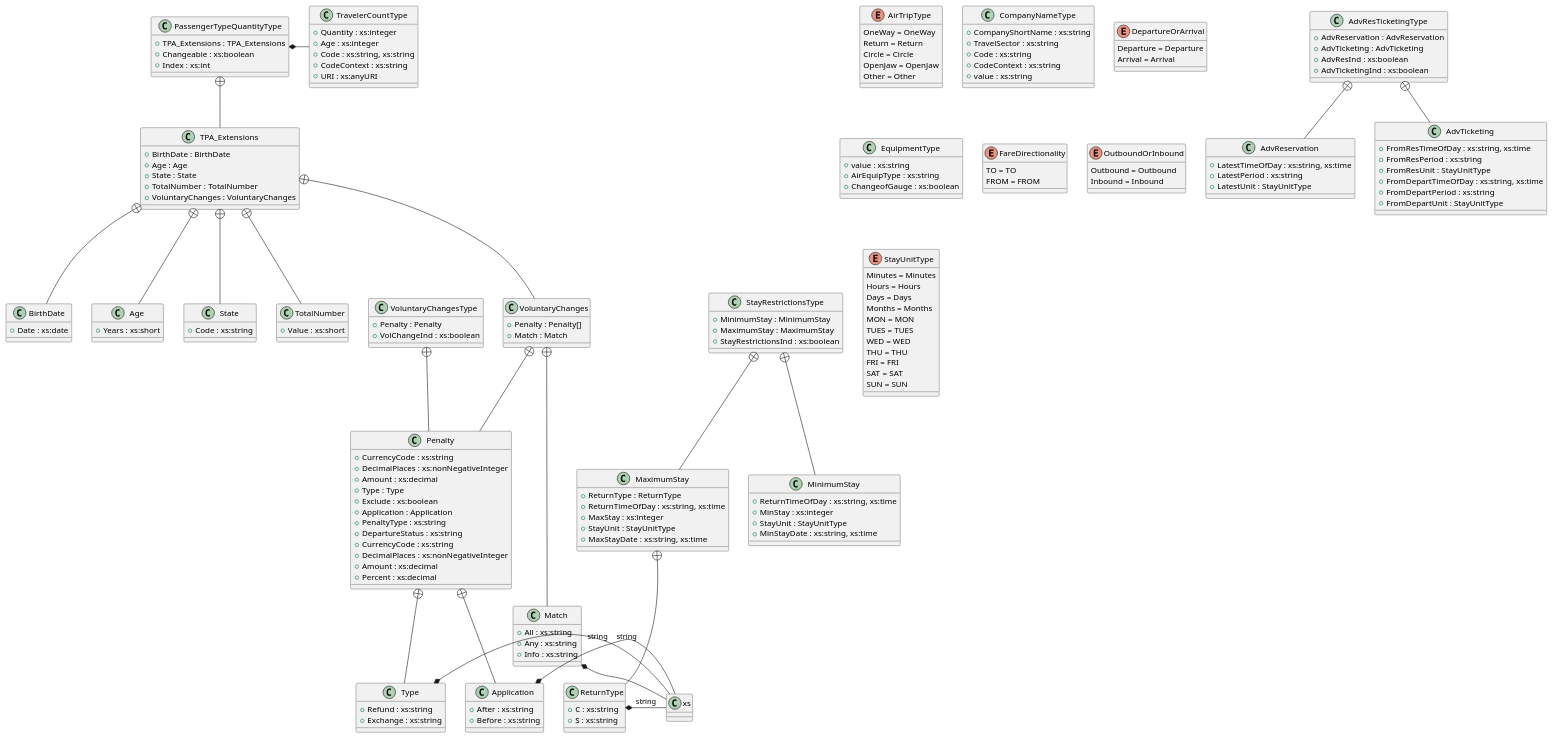
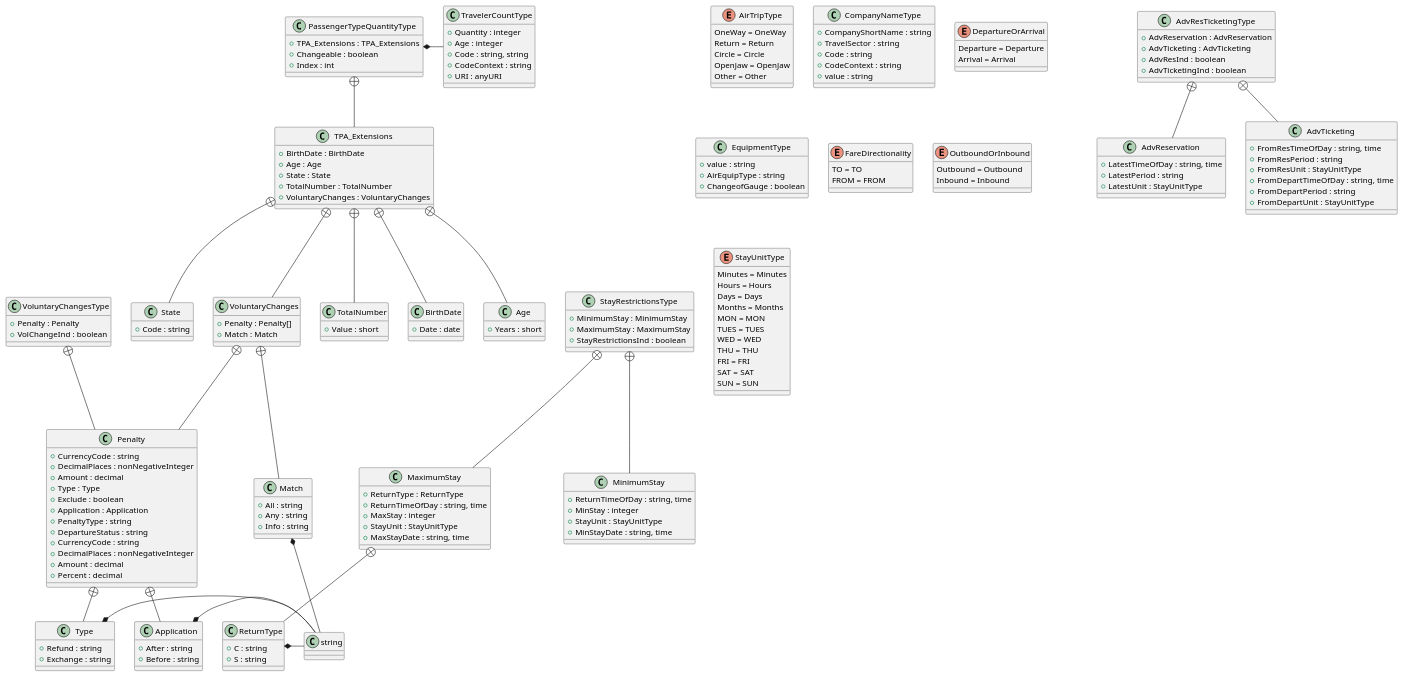
Before and after one commit to tefra/xsdata-samples: the diagram in samples/sabre/diagram/BargainFinderMax_CommonTypes_v1-9-7.pu, drawn with PlantUML. The commit also changed 10 other files, not shown here.

```diff
--- a/samples/sabre/diagram/BargainFinderMax_CommonTypes_v1-9-7.pu
+++ b/samples/sabre/diagram/BargainFinderMax_CommonTypes_v1-9-7.pu
@@ -1,178 +1,178 @@
 @startuml
 
 class AdvResTicketingType {
     +AdvReservation : AdvReservation
     +AdvTicketing : AdvTicketing
-    +AdvResInd : xs:boolean
-    +AdvTicketingInd : xs:boolean
+    +AdvResInd : boolean
+    +AdvTicketingInd : boolean
 }
 AdvResTicketingType +-- AdvReservation
 class AdvReservation {
-    +LatestTimeOfDay : xs:string, xs:time
-    +LatestPeriod : xs:string
+    +LatestTimeOfDay : string, time
+    +LatestPeriod : string
     +LatestUnit : StayUnitType
 }
 AdvResTicketingType +-- AdvTicketing
 class AdvTicketing {
-    +FromResTimeOfDay : xs:string, xs:time
-    +FromResPeriod : xs:string
+    +FromResTimeOfDay : string, time
+    +FromResPeriod : string
     +FromResUnit : StayUnitType
-    +FromDepartTimeOfDay : xs:string, xs:time
-    +FromDepartPeriod : xs:string
+    +FromDepartTimeOfDay : string, time
+    +FromDepartPeriod : string
     +FromDepartUnit : StayUnitType
 }
 enum AirTripType {
     OneWay = OneWay
     Return = Return
     Circle = Circle
     OpenJaw = OpenJaw
     Other = Other
 }
 class CompanyNameType {
-    +CompanyShortName : xs:string
-    +TravelSector : xs:string
-    +Code : xs:string
-    +CodeContext : xs:string
-    +value : xs:string
+    +CompanyShortName : string
+    +TravelSector : string
+    +Code : string
+    +CodeContext : string
+    +value : string
 }
 enum DepartureOrArrival {
     Departure = Departure
     Arrival = Arrival
 }
 class EquipmentType {
-    +value : xs:string
-    +AirEquipType : xs:string
-    +ChangeofGauge : xs:boolean
+    +value : string
+    +AirEquipType : string
+    +ChangeofGauge : boolean
 }
 enum FareDirectionality {
     TO = TO
     FROM = FROM
 }
 enum OutboundOrInbound {
     Outbound = Outbound
     Inbound = Inbound
 }
 class PassengerTypeQuantityType {
     +TPA_Extensions : TPA_Extensions
-    +Changeable : xs:boolean
-    +Index : xs:int
+    +Changeable : boolean
+    +Index : int
 }
 PassengerTypeQuantityType *- TravelerCountType
 PassengerTypeQuantityType +-- TPA_Extensions
 class TPA_Extensions {
     +BirthDate : BirthDate
     +Age : Age
     +State : State
     +TotalNumber : TotalNumber
     +VoluntaryChanges : VoluntaryChanges
 }
 TPA_Extensions +-- BirthDate
 class BirthDate {
-    +Date : xs:date
+    +Date : date
 }
 TPA_Extensions +-- Age
 class Age {
-    +Years : xs:short
+    +Years : short
 }
 TPA_Extensions +-- State
 class State {
-    +Code : xs:string
+    +Code : string
 }
 TPA_Extensions +-- TotalNumber
 class TotalNumber {
-    +Value : xs:short
+    +Value : short
 }
 TPA_Extensions +-- VoluntaryChanges
 class VoluntaryChanges {
     +Penalty : Penalty[]
     +Match : Match
 }
 VoluntaryChanges +-- Penalty
 class Penalty {
-    +CurrencyCode : xs:string
-    +DecimalPlaces : xs:nonNegativeInteger
-    +Amount : xs:decimal
+    +CurrencyCode : string
+    +DecimalPlaces : nonNegativeInteger
+    +Amount : decimal
     +Type : Type
-    +Exclude : xs:boolean
+    +Exclude : boolean
     +Application : Application
 }
 Penalty +-- Type
 class Type {
-    +Refund : xs:string
-    +Exchange : xs:string
+    +Refund : string
+    +Exchange : string
 }
-Type *- xs:string
+Type *- string
 Penalty +-- Application
 class Application {
-    +After : xs:string
-    +Before : xs:string
+    +After : string
+    +Before : string
 }
-Application *- xs:string
+Application *- string
 VoluntaryChanges +-- Match
 class Match {
-    +All : xs:string
-    +Any : xs:string
-    +Info : xs:string
+    +All : string
+    +Any : string
+    +Info : string
 }
-Match *- xs:string
+Match *- string
 class StayRestrictionsType {
     +MinimumStay : MinimumStay
     +MaximumStay : MaximumStay
-    +StayRestrictionsInd : xs:boolean
+    +StayRestrictionsInd : boolean
 }
 StayRestrictionsType +-- MinimumStay
 class MinimumStay {
-    +ReturnTimeOfDay : xs:string, xs:time
-    +MinStay : xs:integer
+    +ReturnTimeOfDay : string, time
+    +MinStay : integer
     +StayUnit : StayUnitType
-    +MinStayDate : xs:string, xs:time
+    +MinStayDate : string, time
 }
 StayRestrictionsType +-- MaximumStay
 class MaximumStay {
     +ReturnType : ReturnType
-    +ReturnTimeOfDay : xs:string, xs:time
-    +MaxStay : xs:integer
+    +ReturnTimeOfDay : string, time
+    +MaxStay : integer
     +StayUnit : StayUnitType
-    +MaxStayDate : xs:string, xs:time
+    +MaxStayDate : string, time
 }
 MaximumStay +-- ReturnType
 class ReturnType {
-    +C : xs:string
-    +S : xs:string
+    +C : string
+    +S : string
 }
-ReturnType *- xs:string
+ReturnType *- string
 enum StayUnitType {
     Minutes = Minutes
     Hours = Hours
     Days = Days
     Months = Months
     MON = MON
     TUES = TUES
     WED = WED
     THU = THU
     FRI = FRI
     SAT = SAT
     SUN = SUN
 }
 class TravelerCountType {
-    +Quantity : xs:integer
-    +Age : xs:integer
-    +Code : xs:string, xs:string
-    +CodeContext : xs:string
-    +URI : xs:anyURI
+    +Quantity : integer
+    +Age : integer
+    +Code : string, string
+    +CodeContext : string
+    +URI : anyURI
 }
 class VoluntaryChangesType {
     +Penalty : Penalty
-    +VolChangeInd : xs:boolean
+    +VolChangeInd : boolean
 }
 VoluntaryChangesType +-- Penalty
 class Penalty {
-    +PenaltyType : xs:string
-    +DepartureStatus : xs:string
-    +CurrencyCode : xs:string
-    +DecimalPlaces : xs:nonNegativeInteger
-    +Amount : xs:decimal
-    +Percent : xs:decimal
+    +PenaltyType : string
+    +DepartureStatus : string
+    +CurrencyCode : string
+    +DecimalPlaces : nonNegativeInteger
+    +Amount : decimal
+    +Percent : decimal
 }
 
 @enduml
```
